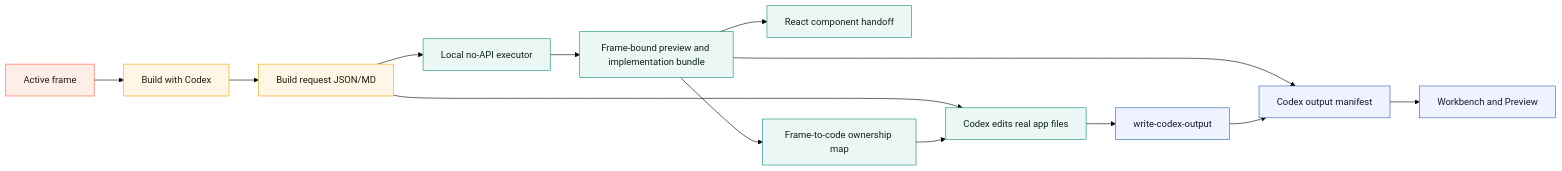
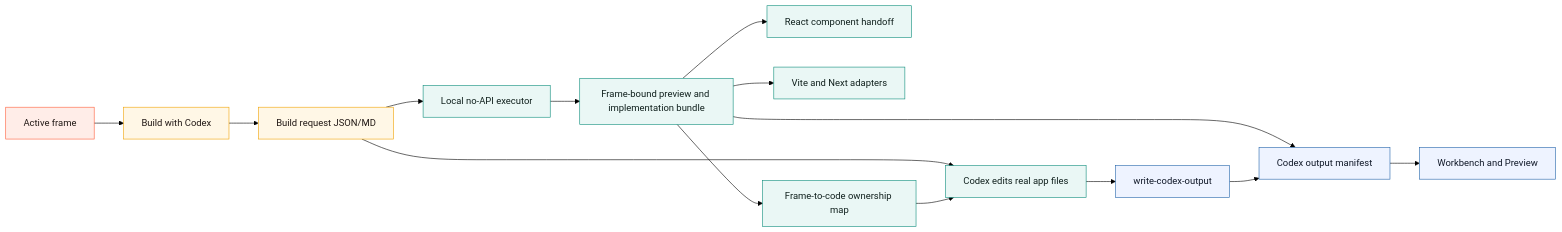
One commit to varshneydevansh/Canvax changed the sixth of 9 diagrams in docs/USAGE.md. Above: the diagram before and after it, drawn with Mermaid (forest theme). The commit also changed other lines of this file and 10 other files, not shown here.

````diff
--- a/docs/USAGE.md
+++ b/docs/USAGE.md
@@ -702,24 +705,25 @@
 ```mermaid
 flowchart LR
     A[Active frame] --> B[Build with Codex]
     B --> C[Build request JSON/MD]
     C --> D[Local no-API executor]
     D --> E[Frame-bound preview and implementation bundle]
     E --> K[React component handoff]
+    E --> L[Vite and Next adapters]
     E --> J[Frame-to-code ownership map]
     C --> F[Codex edits real app files]
     F --> G[write-codex-output]
     E --> H[Codex output manifest]
     J --> F
     G --> H
     H --> I[Workbench and Preview]
 
     classDef sketch fill:#ffede8,stroke:#ff5d3a,color:#211815;
     classDef request fill:#fff7e6,stroke:#f0a202,color:#211815;
     classDef code fill:#eaf7f5,stroke:#0c8d7b,color:#10201d;
     classDef preview fill:#eef3ff,stroke:#2364aa,color:#101828;
     class A sketch;
     class B,C request;
-    class D,E,F,J,K code;
+    class D,E,F,J,K,L code;
     class G,H,I preview;
 ```
````
